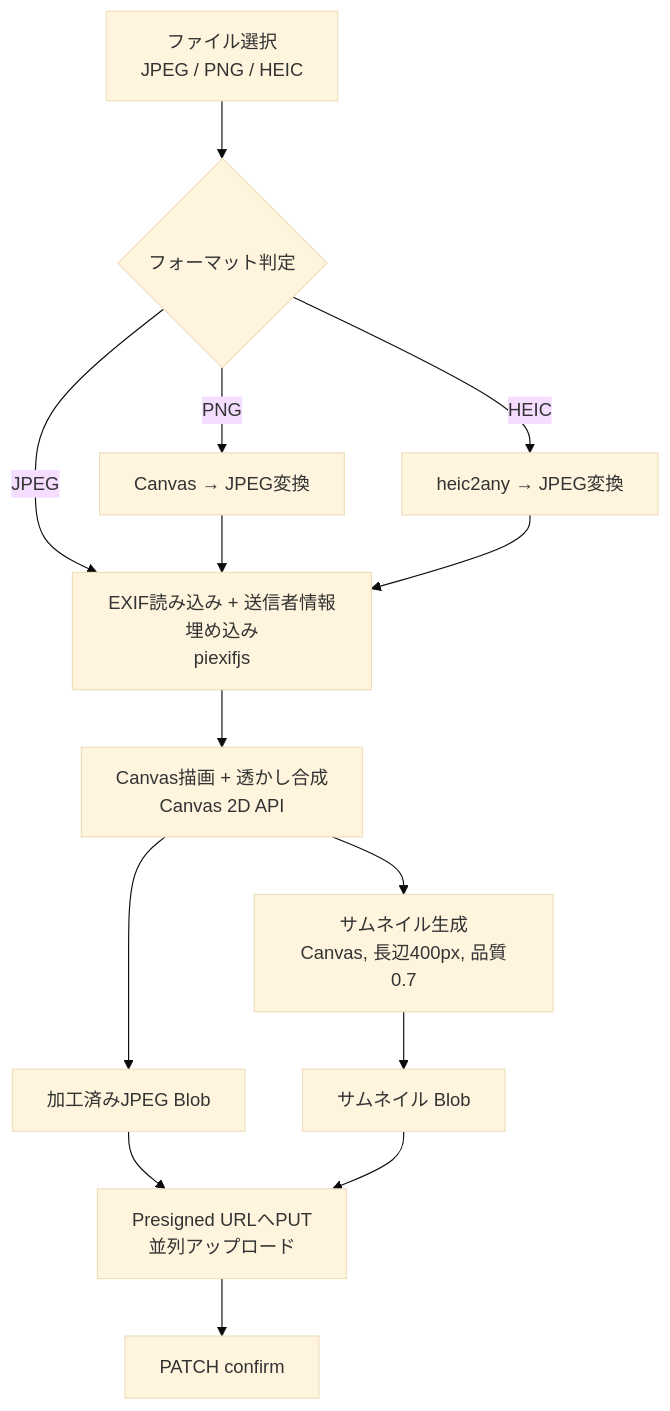
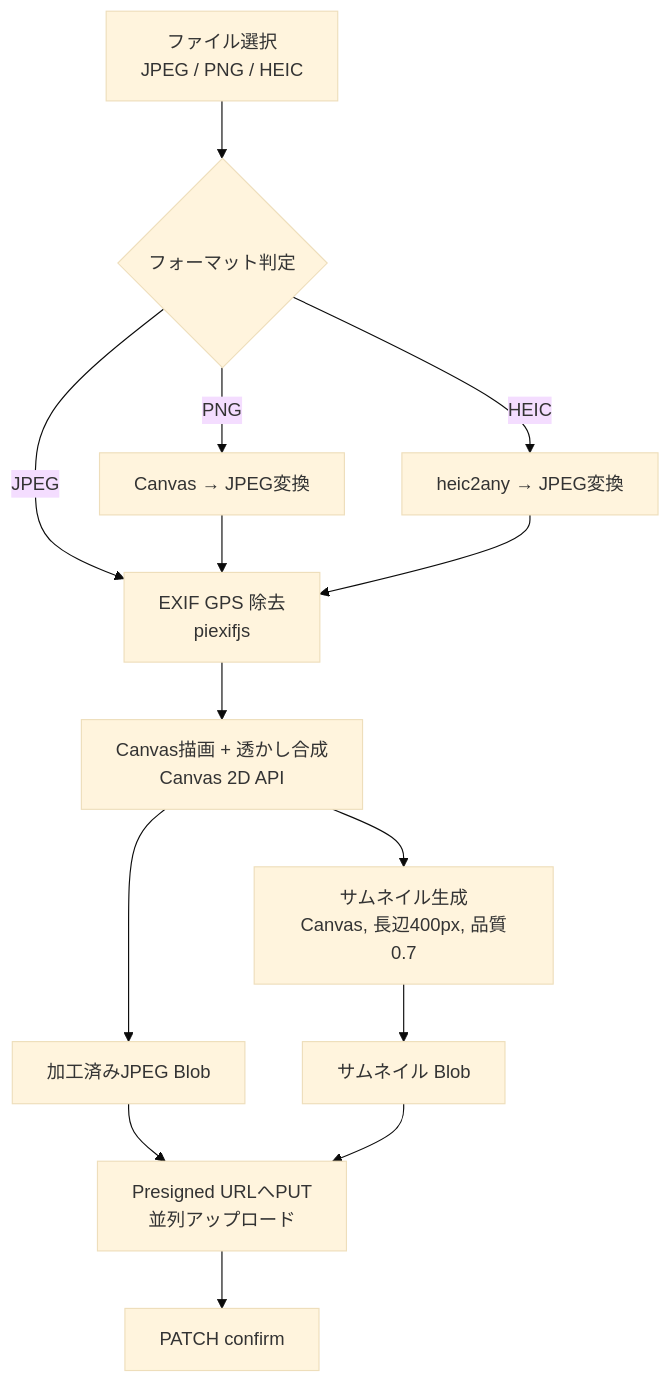
One commit to kuu13580/furdrop changed the third of 3 diagrams in docs/screen-flow.md. Above: the diagram before and after it, drawn with Mermaid (base theme). The commit also changed other lines of this file and 46 other files, not shown here.

````diff
--- a/docs/screen-flow.md
+++ b/docs/screen-flow.md
@@ -450,16 +443,16 @@
 ```mermaid
 flowchart TD
     A[ファイル選択<br/>JPEG / PNG / HEIC] --> B{フォーマット判定}
-    B -->|JPEG| D[EXIF読み込み + 送信者情報埋め込み<br/>piexifjs]
+    B -->|JPEG| D[EXIF GPS 除去<br/>piexifjs]
     B -->|PNG| C1[Canvas → JPEG変換]
     B -->|HEIC| C2[heic2any → JPEG変換]
     C1 --> D
     C2 --> D
     D --> E[Canvas描画 + 透かし合成<br/>Canvas 2D API]
     E --> F[加工済みJPEG Blob]
     E --> G[サムネイル生成<br/>Canvas, 長辺400px, 品質0.7]
     G --> H[サムネイル Blob]
     F --> I[Presigned URLへPUT<br/>並列アップロード]
     H --> I
     I --> J[PATCH confirm]
 ```
````
